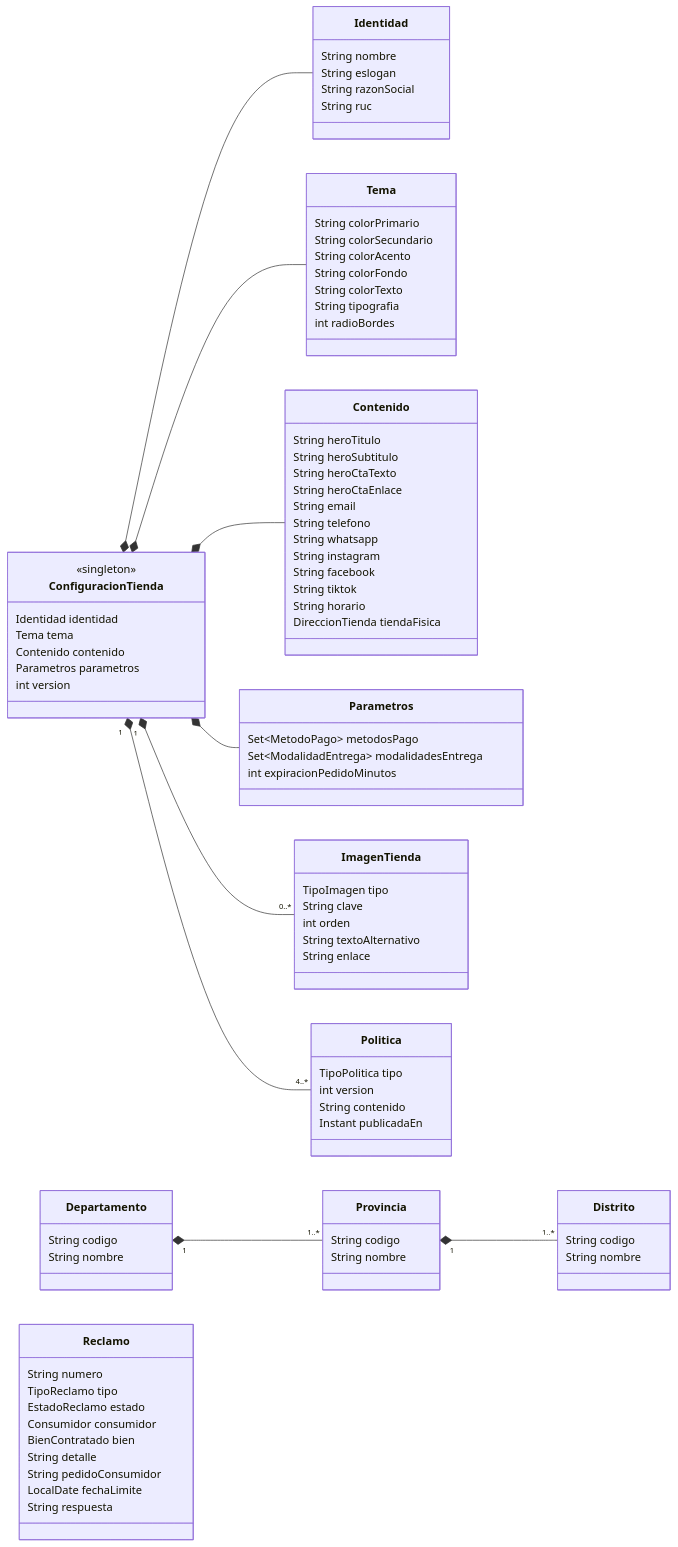
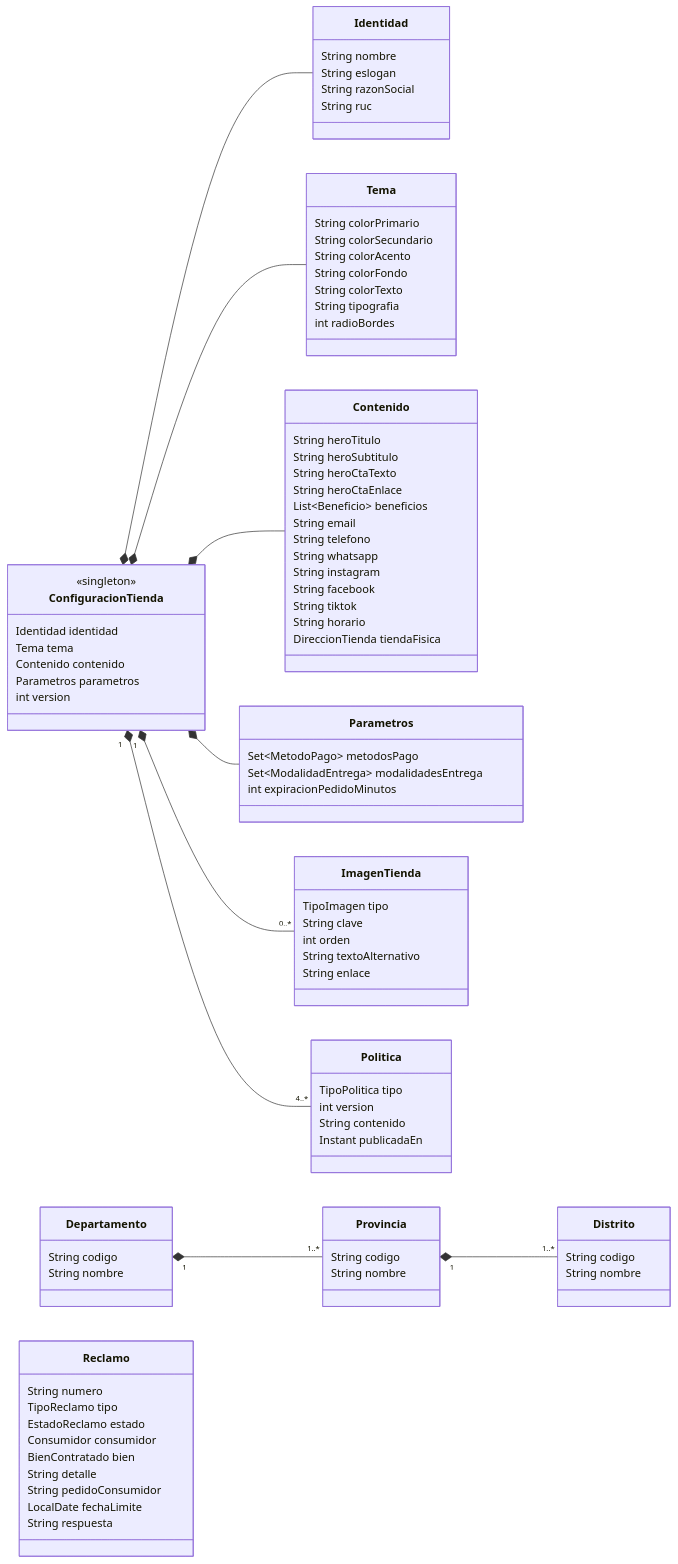
The first of 3 diagrams in docs/analisis/micro/settings-service.md (cazabacheg/fitstore), drawn with Mermaid before and after one commit. The commit also changed other lines of this file and 9 other files, not shown here.

```diff
--- a/docs/analisis/micro/settings-service.md
+++ b/docs/analisis/micro/settings-service.md
@@ -76,6 +77,7 @@
         String heroSubtitulo
         String heroCtaTexto
         String heroCtaEnlace
+        List~Beneficio~ beneficios
         String email
         String telefono
         String whatsapp
```
